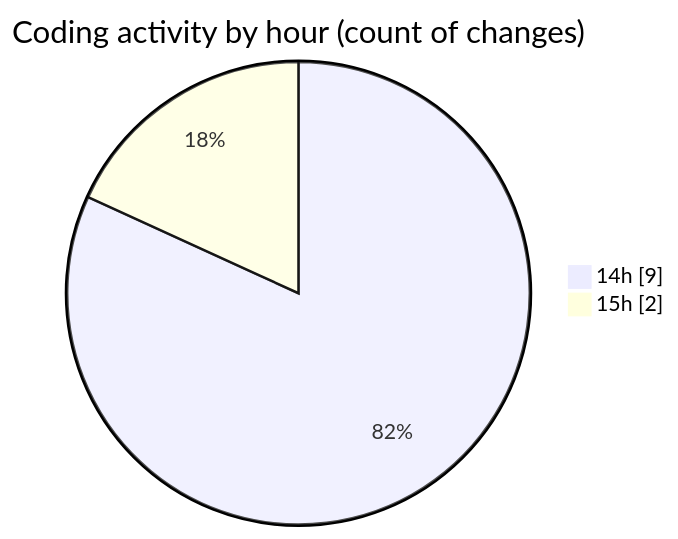
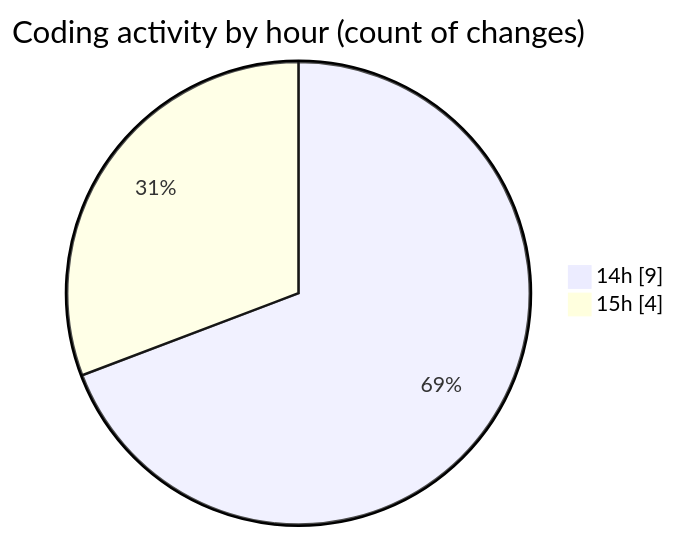
The second of 2 diagrams in 2025-05-28/kimberly-groups/README.md (JenPaints/code-tracking), drawn with Mermaid before and after one commit. The commit also changed other lines of this file and 1 other file, not shown here.

````diff
--- a/2025-05-28/kimberly-groups/README.md
+++ b/2025-05-28/kimberly-groups/README.md
@@ -32,6 +32,6 @@
 ```mermaid
 pie showData
 title Coding activity by hour (count of changes)
 "14h" : 9
-"15h" : 2
+"15h" : 4
 ```
````
